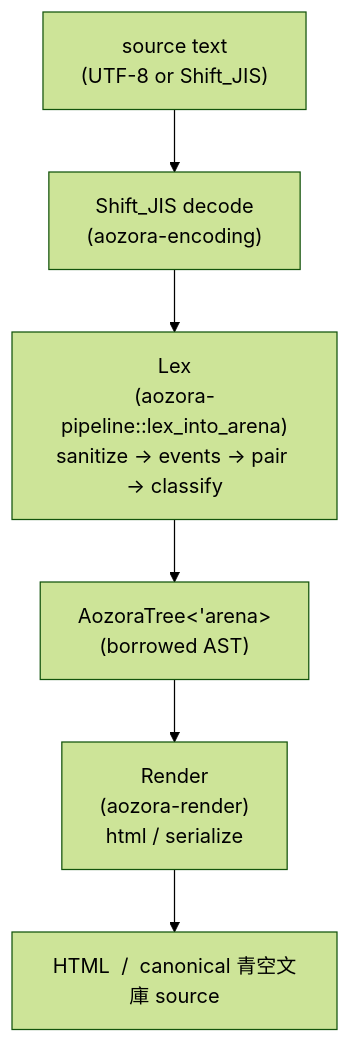
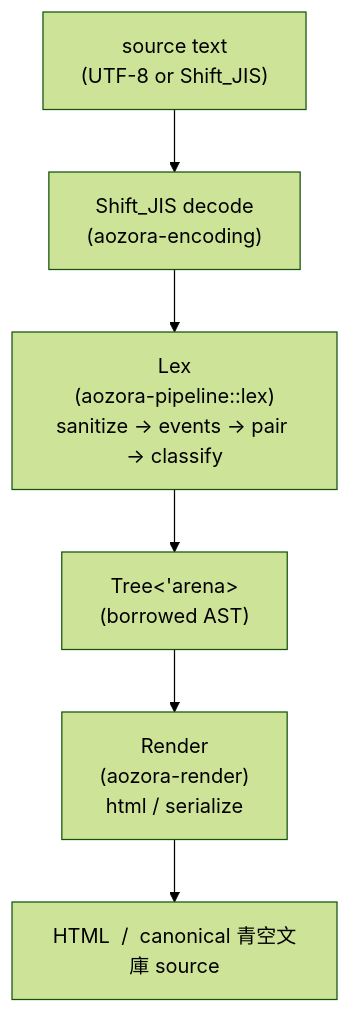
The first of 2 diagrams in crates/aozora-book/src/arch/pipeline.md (P4suta/aozora), drawn with Mermaid (forest theme) before and after one commit. The commit also changed other lines of this file and 491 other files, not shown here.

````diff
--- a/crates/aozora-book/src/arch/pipeline.md
+++ b/crates/aozora-book/src/arch/pipeline.md
@@ -12,11 +12,11 @@
 ```mermaid
 flowchart TD
     src["source text<br/>(UTF-8 or Shift_JIS)"]
     decode["Shift_JIS decode<br/>(aozora-encoding)"]
-    lex["Lex<br/>(aozora-pipeline::lex_into_arena)<br/>sanitize → events → pair → classify"]
-    tree["AozoraTree&lt;'arena&gt;<br/>(borrowed AST)"]
+    lex["Lex<br/>(aozora-pipeline::lex)<br/>sanitize → events → pair → classify"]
+    tree["Tree&lt;'arena&gt;<br/>(borrowed AST)"]
     render["Render<br/>(aozora-render)<br/>html  /  serialize"]
     out["HTML  /  canonical 青空文庫 source"]
 
     src --> decode --> lex --> tree --> render --> out
 ```
````
